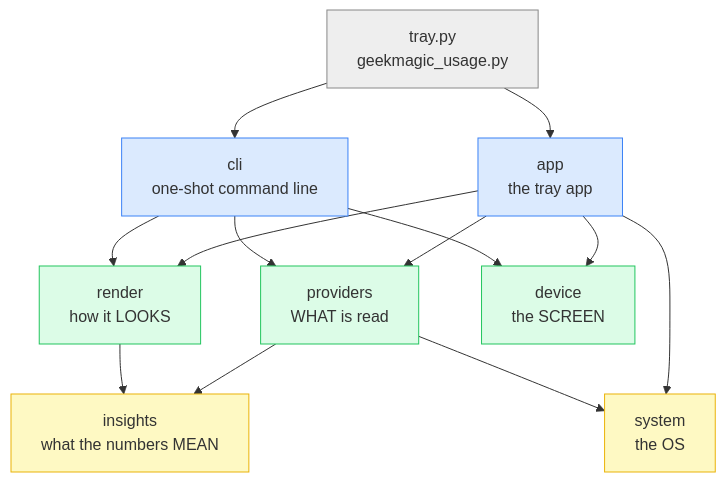
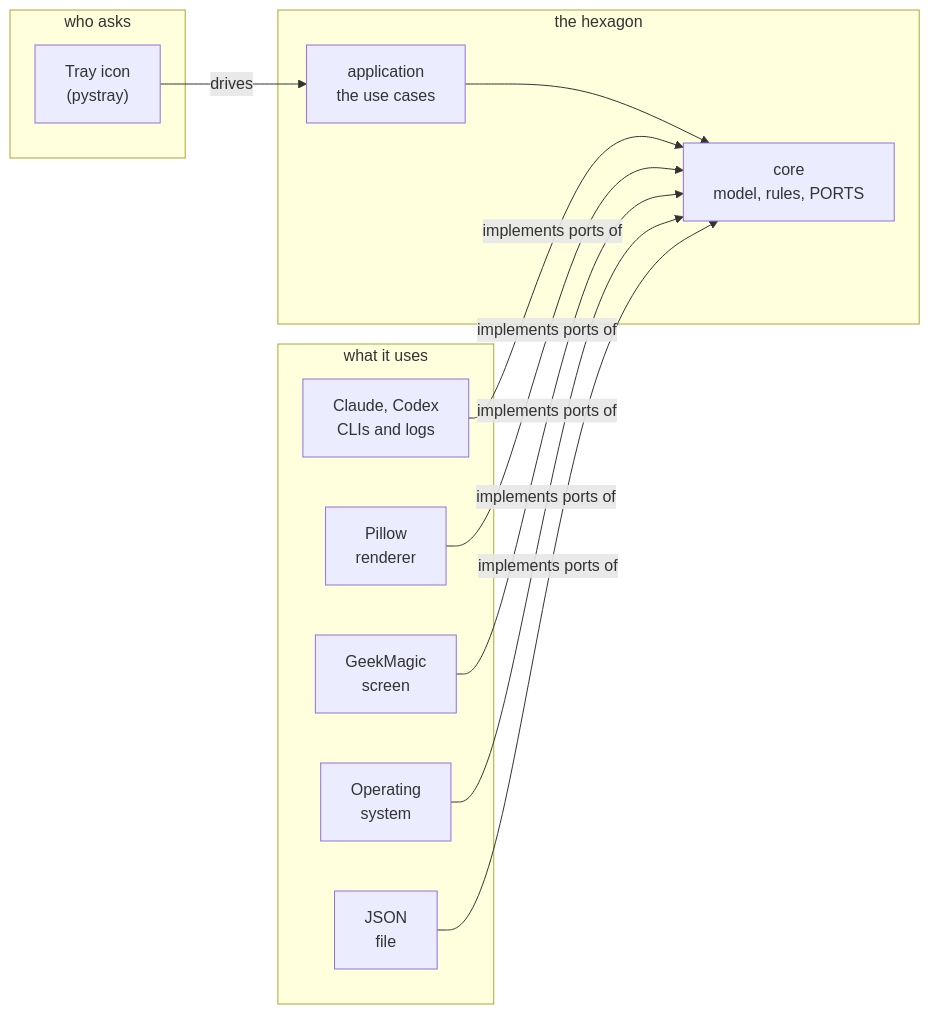
Before and after one commit to Cristian-Infante/geekmagic-claude-usage: the first of 3 diagrams in ARCHITECTURE.md, drawn with Mermaid. The commit also changed other lines of this file and 203 other files, not shown here.

First line of the commit message:
refactor: Hexagonal architecture (ports and adapters) with an enforced dependency rule

````diff
--- a/ARCHITECTURE.md
+++ b/ARCHITECTURE.md
@@ -12,29 +10,24 @@
 ```mermaid
-flowchart TD
-    entry["tray.py<br/>geekmagic_usage.py"]:::entry
-    app["app<br/>the tray app"]:::top
-    cli["cli<br/>one-shot command line"]:::top
-    providers["providers<br/>WHAT is read"]:::mid
-    render["render<br/>how it LOOKS"]:::mid
-    device["device<br/>the SCREEN"]:::mid
-    insights["insights<br/>what the numbers MEAN"]:::low
-    system["system<br/>the OS"]:::low
-
-    entry --> app
-    entry --> cli
-    app --> providers
-    app --> render
-    app --> device
-    app --> system
-    cli --> providers
-    cli --> render
-    cli --> device
-    providers --> insights
-    providers --> system
-    render --> insights
-
-    classDef entry fill:#eee,stroke:#888
-    classDef top fill:#dbeafe,stroke:#3b82f6
-    classDef mid fill:#dcfce7,stroke:#22c55e
-    classDef low fill:#fef9c3,stroke:#eab308
+flowchart LR
+    subgraph driving["who asks"]
+        tray["Tray icon<br/>(pystray)"]
+    end
+    subgraph hexagon["the hexagon"]
+        application["application<br/>the use cases"]
+        core["core<br/>model, rules, PORTS"]
+    end
+    subgraph driven["what it uses"]
+        providers["Claude, Codex<br/>CLIs and logs"]
+        render["Pillow<br/>renderer"]
+        device["GeekMagic<br/>screen"]
+        system["Operating<br/>system"]
+        store["JSON<br/>file"]
+    end
+    tray -->|drives| application
+    application --> core
+    providers -->|implements ports of| core
+    render -->|implements ports of| core
+    device -->|implements ports of| core
+    system -->|implements ports of| core
+    store -->|implements ports of| core
 ```
````
